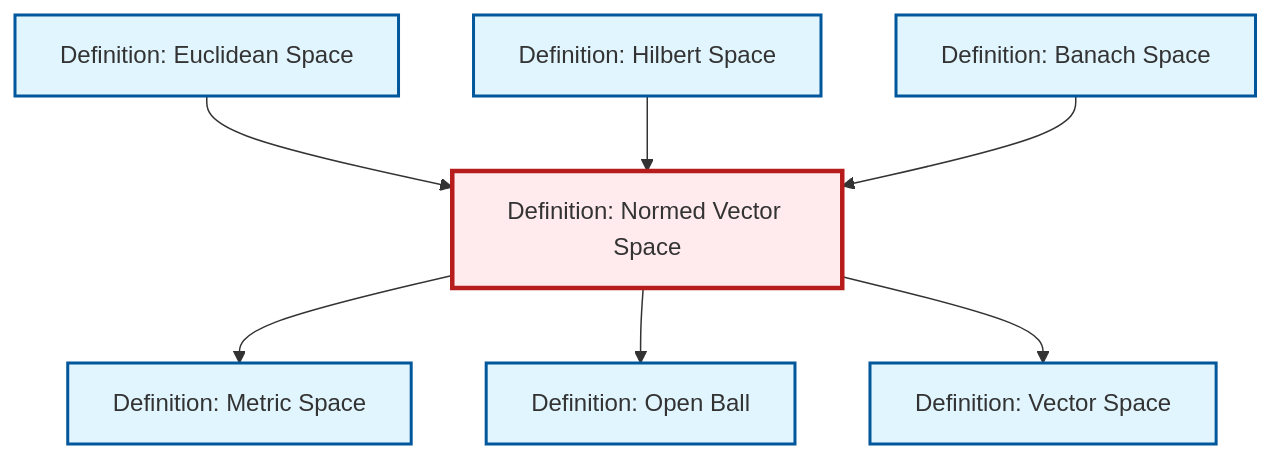
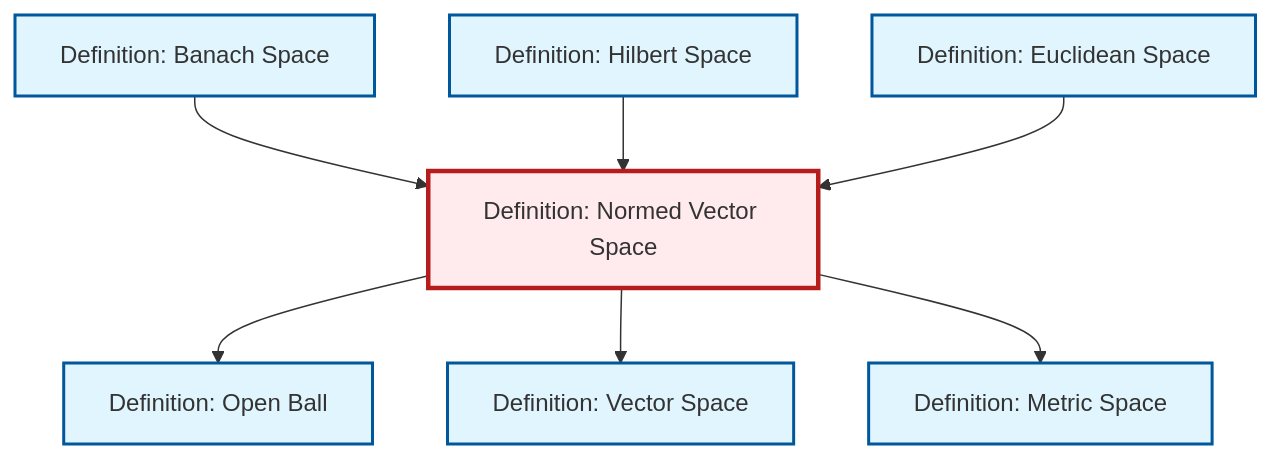
One commit to RK0429/ModernMath changed the diagram in content/en/analysis/def-normed-vector-space.qmd. Above: the diagram before and after it, drawn with Mermaid. The commit also changed other lines of this file and 672 other files, not shown here.

````diff
--- a/content/en/analysis/def-normed-vector-space.qmd
+++ b/content/en/analysis/def-normed-vector-space.qmd
@@ -132,29 +132,29 @@
 ```{mermaid}
 %%| fig-cap: "Local dependency graph"
 graph TD
     classDef definition fill:#e1f5fe,stroke:#01579b,stroke-width:2px
     classDef theorem fill:#f3e5f5,stroke:#4a148c,stroke-width:2px
     classDef axiom fill:#fff3e0,stroke:#e65100,stroke-width:2px
     classDef example fill:#e8f5e9,stroke:#1b5e20,stroke-width:2px
     classDef current fill:#ffebee,stroke:#b71c1c,stroke-width:3px
-    def-vector-space["Definition: Vector Space"]:::definition
-    def-banach-space["Definition: Banach Space"]:::definition
-    def-euclidean-space["Definition: Euclidean Space"]:::definition
-    def-open-ball["Definition: Open Ball"]:::definition
     def-metric-space["Definition: Metric Space"]:::definition
     def-hilbert-space["Definition: Hilbert Space"]:::definition
+    def-open-ball["Definition: Open Ball"]:::definition
     def-normed-vector-space["Definition: Normed Vector Space"]:::definition
+    def-banach-space["Definition: Banach Space"]:::definition
+    def-vector-space["Definition: Vector Space"]:::definition
+    def-euclidean-space["Definition: Euclidean Space"]:::definition
+    def-banach-space --> def-normed-vector-space
+    def-normed-vector-space --> def-open-ball
+    def-normed-vector-space --> def-vector-space
+    def-hilbert-space --> def-normed-vector-space
+    def-euclidean-space --> def-normed-vector-space
     def-normed-vector-space --> def-metric-space
-    def-normed-vector-space --> def-open-ball
-    def-euclidean-space --> def-normed-vector-space
-    def-hilbert-space --> def-normed-vector-space
-    def-normed-vector-space --> def-vector-space
-    def-banach-space --> def-normed-vector-space
     class def-normed-vector-space current
-    click def-vector-space "def-vector-space.html" "Go to Vector Space definition"
-    click def-banach-space "def-banach-space.html" "Go to Banach Space definition"
-    click def-euclidean-space "def-euclidean-space.html" "Go to Euclidean Space definition"
-    click def-open-ball "def-open-ball.html" "Go to Open Ball definition"
     click def-metric-space "def-metric-space.html" "Go to Metric Space definition"
     click def-hilbert-space "def-hilbert-space.html" "Go to Hilbert Space definition"
+    click def-open-ball "def-open-ball.html" "Go to Open Ball definition"
+    click def-banach-space "def-banach-space.html" "Go to Banach Space definition"
+    click def-vector-space "def-vector-space.html" "Go to Vector Space definition"
+    click def-euclidean-space "def-euclidean-space.html" "Go to Euclidean Space definition"
 ```
````
